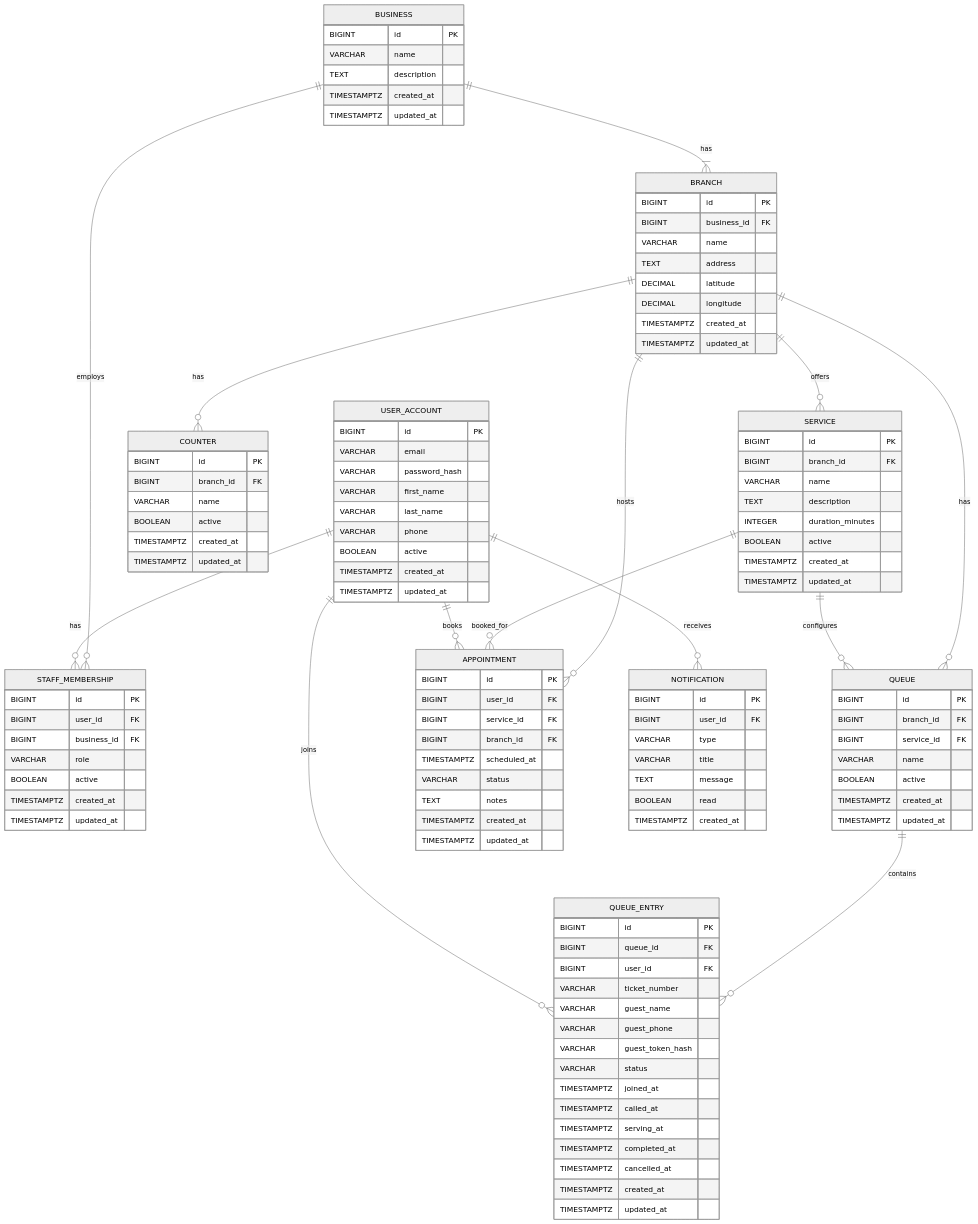
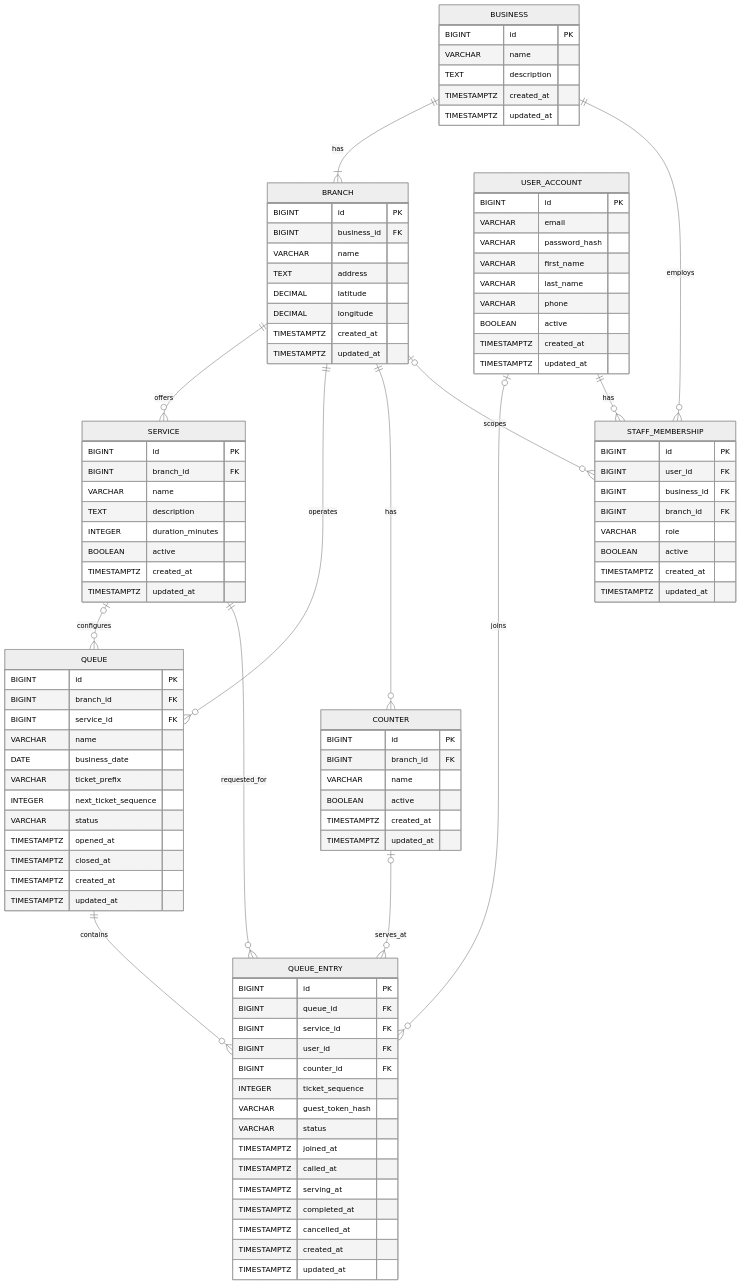
One commit to Gooniez3/QueueFlow changed the diagram in docs/erd.md. Above: the diagram before and after it, drawn with Mermaid (neutral theme). The commit also changed other lines of this file and 1 other file, not shown here.

Commit message:
docs(domain): revise ERD after review

````diff
--- a/docs/erd.md
+++ b/docs/erd.md
@@ -14,19 +17,19 @@
     BUSINESS ||--o{ STAFF_MEMBERSHIP : employs
 
     BRANCH ||--o{ SERVICE : offers
-    BRANCH ||--o{ QUEUE : has
+    BRANCH ||--o{ QUEUE : operates
     BRANCH ||--o{ COUNTER : has
-    BRANCH ||--o{ APPOINTMENT : hosts
+    BRANCH o|--o{ STAFF_MEMBERSHIP : scopes
 
-    SERVICE ||--o{ QUEUE : configures
-    SERVICE ||--o{ APPOINTMENT : booked_for
+    SERVICE o|--o{ QUEUE : configures
+    SERVICE ||--o{ QUEUE_ENTRY : requested_for
 
     QUEUE ||--o{ QUEUE_ENTRY : contains
 
-    USER_ACCOUNT ||--o{ QUEUE_ENTRY : joins
+    USER_ACCOUNT o|--o{ QUEUE_ENTRY : joins
     USER_ACCOUNT ||--o{ STAFF_MEMBERSHIP : has
-    USER_ACCOUNT ||--o{ APPOINTMENT : books
-    USER_ACCOUNT ||--o{ NOTIFICATION : receives
+
+    COUNTER o|--o{ QUEUE_ENTRY : serves_at
 
     BUSINESS {
         BIGINT id PK
@@ -63,7 +66,12 @@
         BIGINT branch_id FK
         BIGINT service_id FK
         VARCHAR name
-        BOOLEAN active
+        DATE business_date
+        VARCHAR ticket_prefix
+        INTEGER next_ticket_sequence
+        VARCHAR status
+        TIMESTAMPTZ opened_at
+        TIMESTAMPTZ closed_at
         TIMESTAMPTZ created_at
         TIMESTAMPTZ updated_at
     }
@@ -71,10 +79,10 @@
     QUEUE_ENTRY {
         BIGINT id PK
         BIGINT queue_id FK
+        BIGINT service_id FK
         BIGINT user_id FK
-        VARCHAR ticket_number
-        VARCHAR guest_name
-        VARCHAR guest_phone
+        BIGINT counter_id FK
+        INTEGER ticket_sequence
         VARCHAR guest_token_hash
         VARCHAR status
         TIMESTAMPTZ joined_at
@@ -102,6 +110,7 @@
         BIGINT id PK
         BIGINT user_id FK
         BIGINT business_id FK
+        BIGINT branch_id FK
         VARCHAR role
         BOOLEAN active
         TIMESTAMPTZ created_at
@@ -116,26 +125,4 @@
         TIMESTAMPTZ created_at
         TIMESTAMPTZ updated_at
     }
-
-    APPOINTMENT {
-        BIGINT id PK
-        BIGINT user_id FK
-        BIGINT service_id FK
-        BIGINT branch_id FK
-        TIMESTAMPTZ scheduled_at
-        VARCHAR status
-        TEXT notes
-        TIMESTAMPTZ created_at
-        TIMESTAMPTZ updated_at
-    }
-
-    NOTIFICATION {
-        BIGINT id PK
-        BIGINT user_id FK
-        VARCHAR type
-        VARCHAR title
-        TEXT message
-        BOOLEAN read
-        TIMESTAMPTZ created_at
-    }
 ```
````
